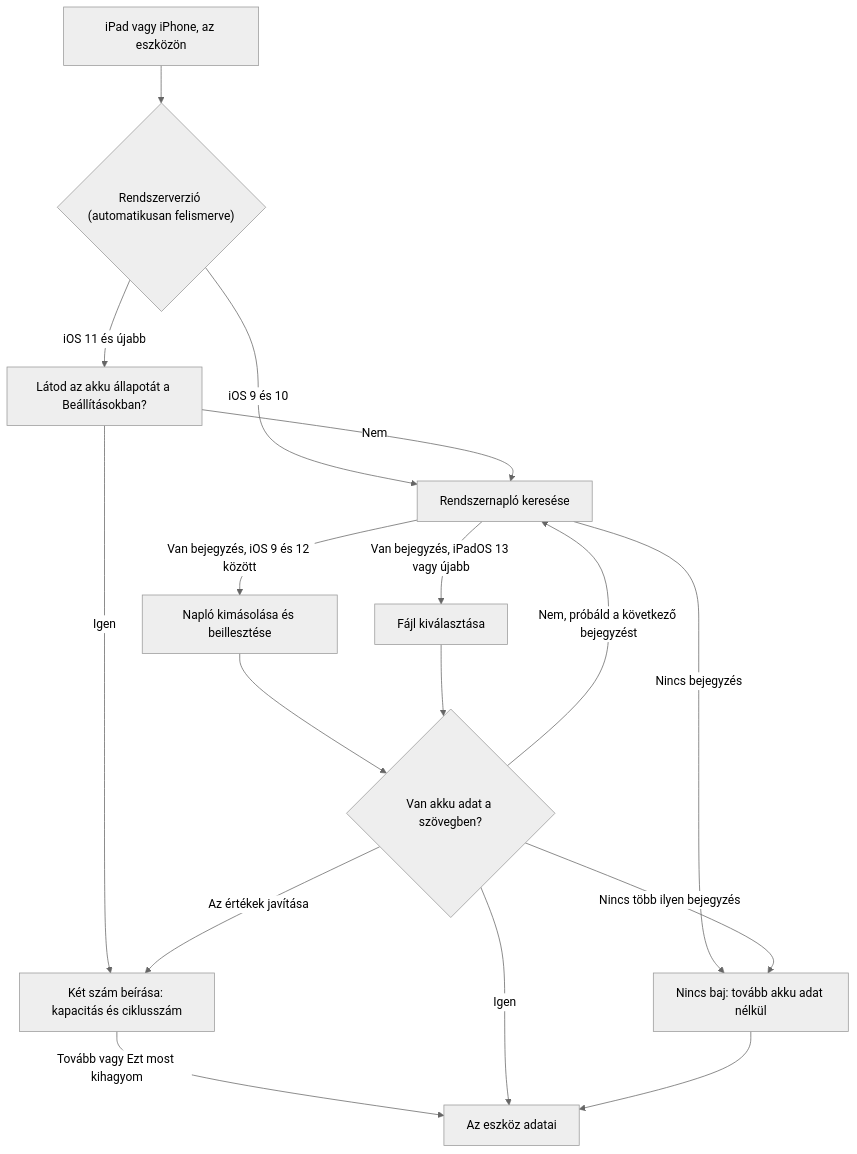
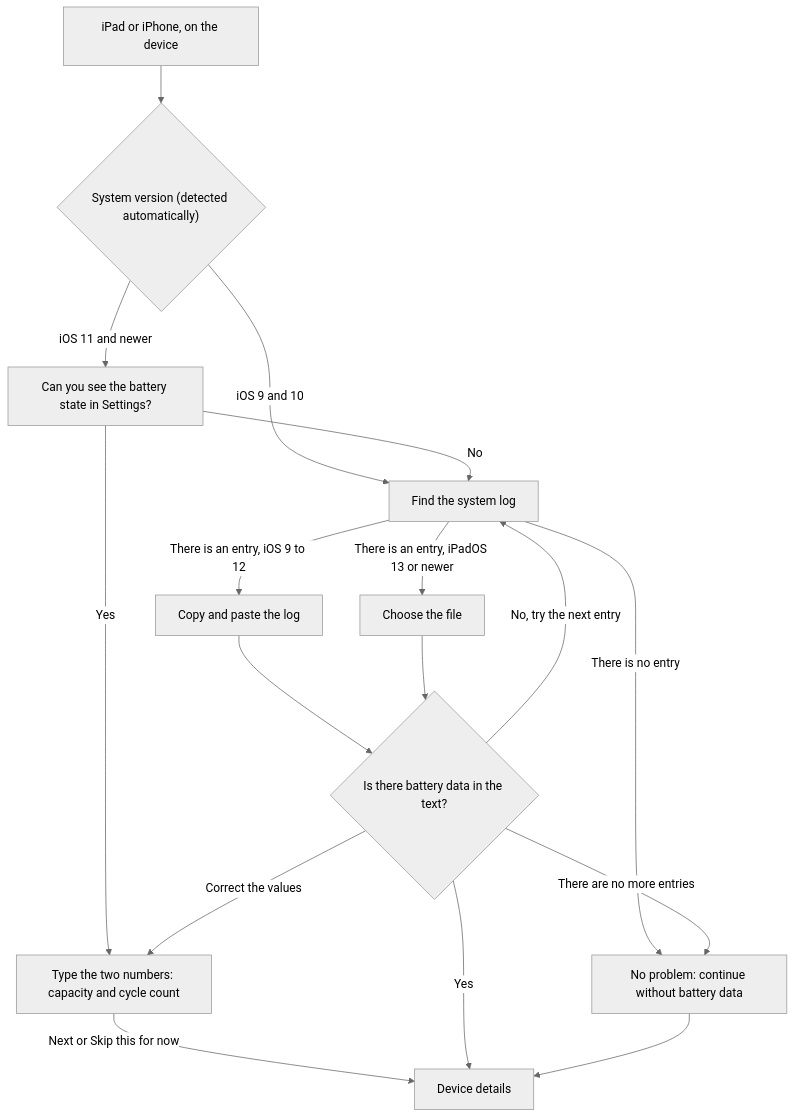
One commit to krisz0722/ipad-audit changed the second of 7 diagrams in docs/flows.en.md. Above: the diagram before and after it, drawn with Mermaid (neutral theme). The commit also changed other lines of this file and 1 other file, not shown here.

First line of the commit message:
docs: document the Mac tests and translate the English diagrams

````diff
--- a/docs/flows.en.md
+++ b/docs/flows.en.md
@@ -72,19 +72,19 @@
 ```mermaid
 flowchart TD
-  K["iPad vagy iPhone, az eszközön"] --> F{"Rendszerverzió (automatikusan felismerve)"}
-  F -->|"iOS 9 és 10"| LOG["Rendszernapló keresése"]
-  F -->|"iOS 11 és újabb"| SA["Látod az akku állapotát a Beállításokban?"]
-  SA -->|"Igen"| SE["Két szám beírása: kapacitás és ciklusszám"]
-  SA -->|"Nem"| LOG
-  SE -->|"Tovább vagy Ezt most kihagyom"| D["Az eszköz adatai"]
-  LOG -->|"Van bejegyzés, iOS 9 és 12 között"| LP["Napló kimásolása és beillesztése"]
-  LOG -->|"Van bejegyzés, iPadOS 13 vagy újabb"| LF["Fájl kiválasztása"]
-  LOG -->|"Nincs bejegyzés"| NL["Nincs baj: tovább akku adat nélkül"]
-  LP --> RES{"Van akku adat a szövegben?"}
+  K["iPad or iPhone, on the device"] --> F{"System version (detected automatically)"}
+  F -->|"iOS 9 and 10"| LOG["Find the system log"]
+  F -->|"iOS 11 and newer"| SA["Can you see the battery state in Settings?"]
+  SA -->|"Yes"| SE["Type the two numbers: capacity and cycle count"]
+  SA -->|"No"| LOG
+  SE -->|"Next or Skip this for now"| D["Device details"]
+  LOG -->|"There is an entry, iOS 9 to 12"| LP["Copy and paste the log"]
+  LOG -->|"There is an entry, iPadOS 13 or newer"| LF["Choose the file"]
+  LOG -->|"There is no entry"| NL["No problem: continue without battery data"]
+  LP --> RES{"Is there battery data in the text?"}
   LF --> RES
-  RES -->|"Igen"| D
-  RES -->|"Az értékek javítása"| SE
-  RES -->|"Nem, próbáld a következő bejegyzést"| LOG
-  RES -->|"Nincs több ilyen bejegyzés"| NL
+  RES -->|"Yes"| D
+  RES -->|"Correct the values"| SE
+  RES -->|"No, try the next entry"| LOG
+  RES -->|"There are no more entries"| NL
   NL --> D
 ```
````
